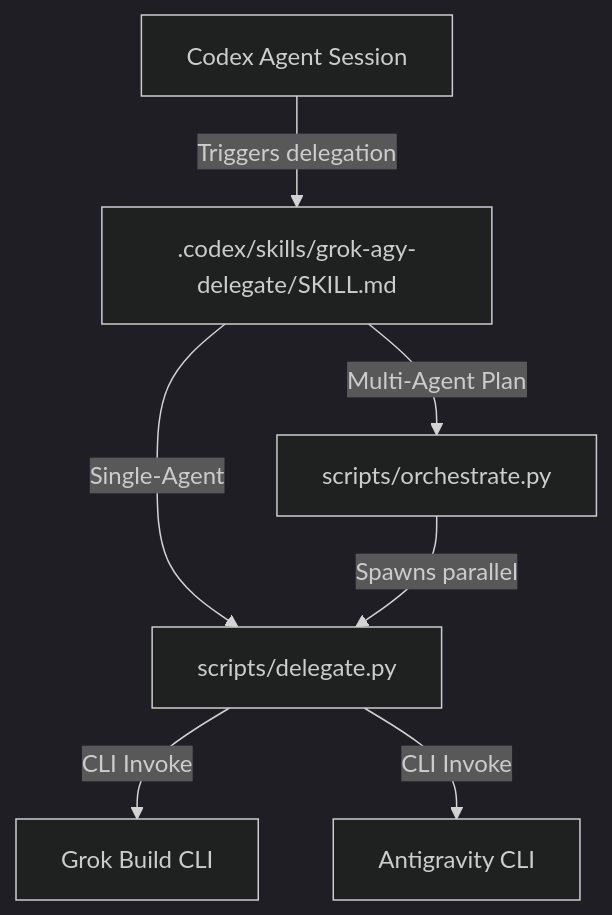
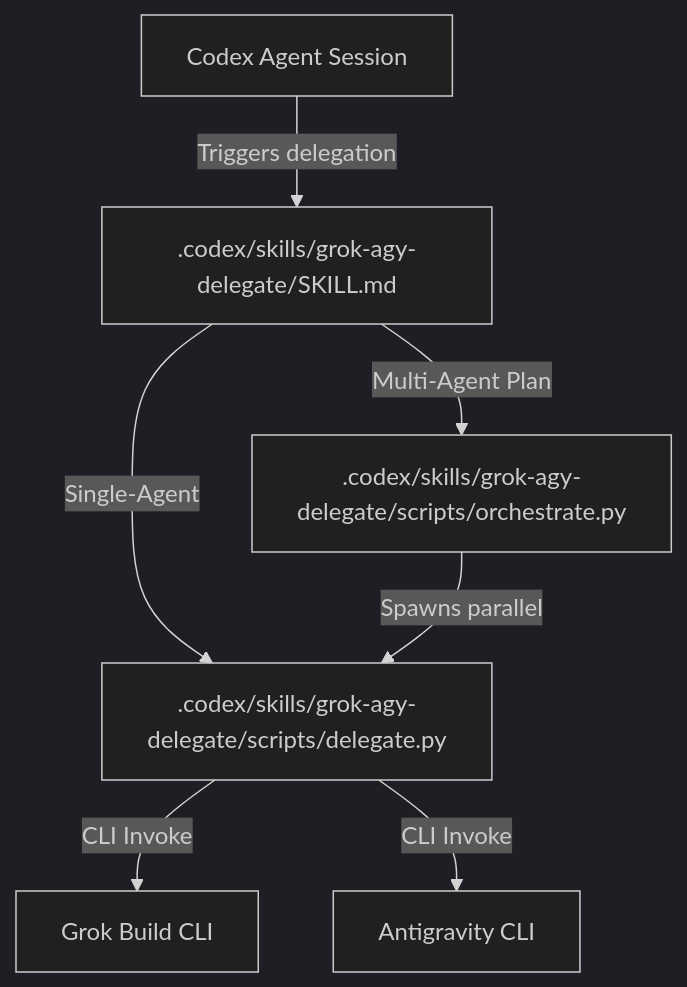
The diagram in AGENTS.md (Josh-Archer/agent-setup), drawn with Mermaid (dark theme) before and after one commit. The commit also changed other lines of this file and 10 other files, not shown here.

````diff
--- a/AGENTS.md
+++ b/AGENTS.md
@@ -36,11 +76,11 @@
 ```mermaid
 graph TD
     Codex[Codex Agent Session] -->|Triggers delegation| SKILL[.codex/skills/grok-agy-delegate/SKILL.md]
-    SKILL -->|Single-Agent| Delegate[scripts/delegate.py]
-    SKILL -->|Multi-Agent Plan| Orchestrate[scripts/orchestrate.py]
+    SKILL -->|Single-Agent| Delegate[.codex/skills/grok-agy-delegate/scripts/delegate.py]
+    SKILL -->|Multi-Agent Plan| Orchestrate[.codex/skills/grok-agy-delegate/scripts/orchestrate.py]
     
     Delegate -->|CLI Invoke| Grok[Grok Build CLI]
     Delegate -->|CLI Invoke| agy[Antigravity CLI]
     
     Orchestrate -->|Spawns parallel| Delegate
 ```
````
